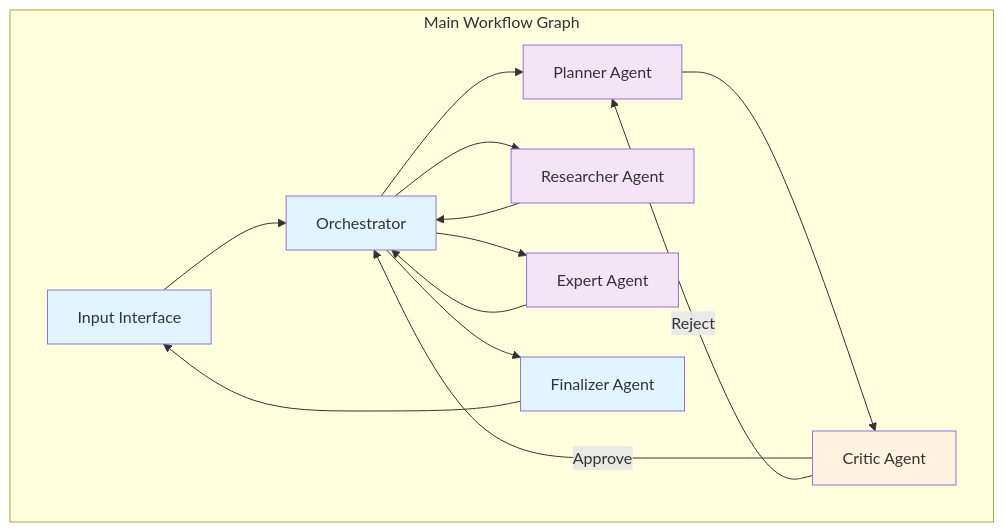
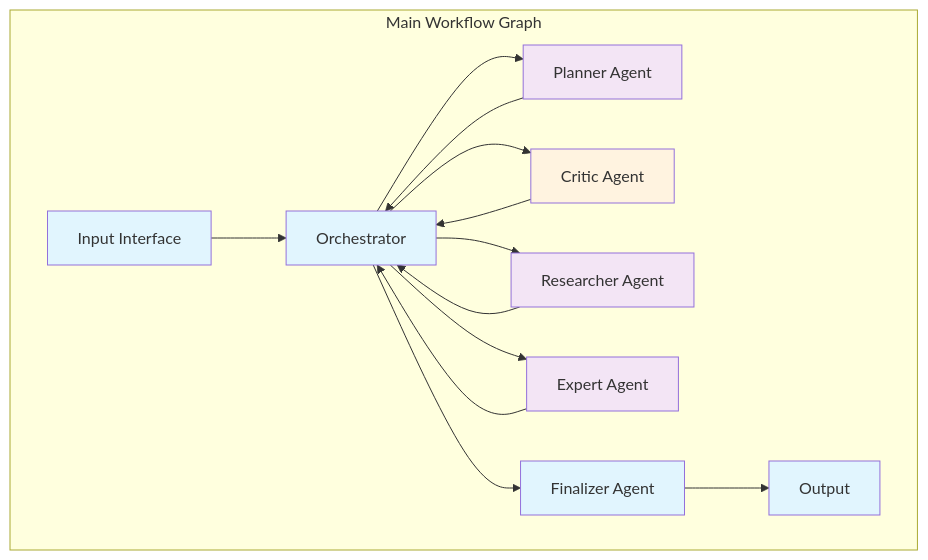
The second of 14 diagrams in docs/src2/ARCHITECTURE.md (jdsham/hf-ai-agents-course), drawn with Mermaid before and after one commit. The commit also changed other lines of this file, not shown here.

Commit message:
Updated source code architecture document. Improved some clarity of section 2, updated diagrams in section 2, fixed an error in section 3 diagram.

````diff
--- a/docs/src2/ARCHITECTURE.md
+++ b/docs/src2/ARCHITECTURE.md
@@ -443,35 +450,33 @@
 ```mermaid
 graph TB
     subgraph "Main Workflow Graph"
         Input[Input Interface]
         Orchestrator[Orchestrator]
         Planner[Planner Agent]
         Critic[Critic Agent]
         Researcher[Researcher Agent]
         Expert[Expert Agent]
         Finalizer[Finalizer Agent]
+        Output[Output]
     end
     
     Input --> Orchestrator
     Orchestrator --> Planner
-    Planner --> Critic
-    Critic -->|Approve| Orchestrator
-    Critic -->|Reject| Planner
-    
+    Planner --> Orchestrator
+    Orchestrator --> Critic
+    Critic --> Orchestrator
     Orchestrator --> Researcher
     Researcher --> Orchestrator
-    
     Orchestrator --> Expert
     Expert --> Orchestrator
-    
     Orchestrator --> Finalizer
-    Finalizer --> Input
+    Finalizer --> Output
     
     classDef mainNode fill:#e1f5fe
     classDef agentNode fill:#f3e5f5
     classDef criticNode fill:#fff3e0
     
-    class Input,Orchestrator,Finalizer mainNode
+    class Input,Orchestrator,Finalizer,Output mainNode
     class Planner,Researcher,Expert agentNode
     class Critic criticNode
 ```
````
